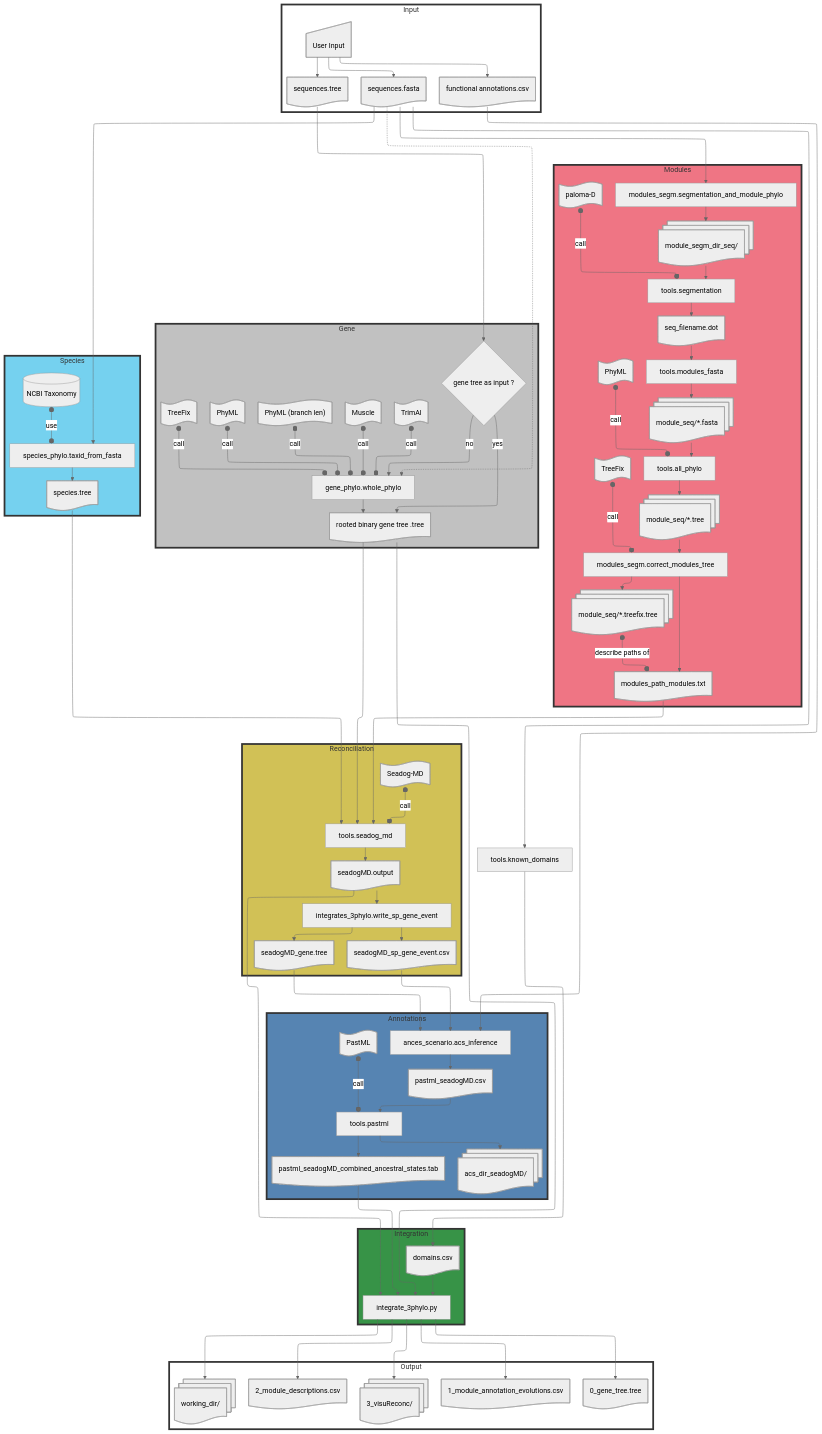
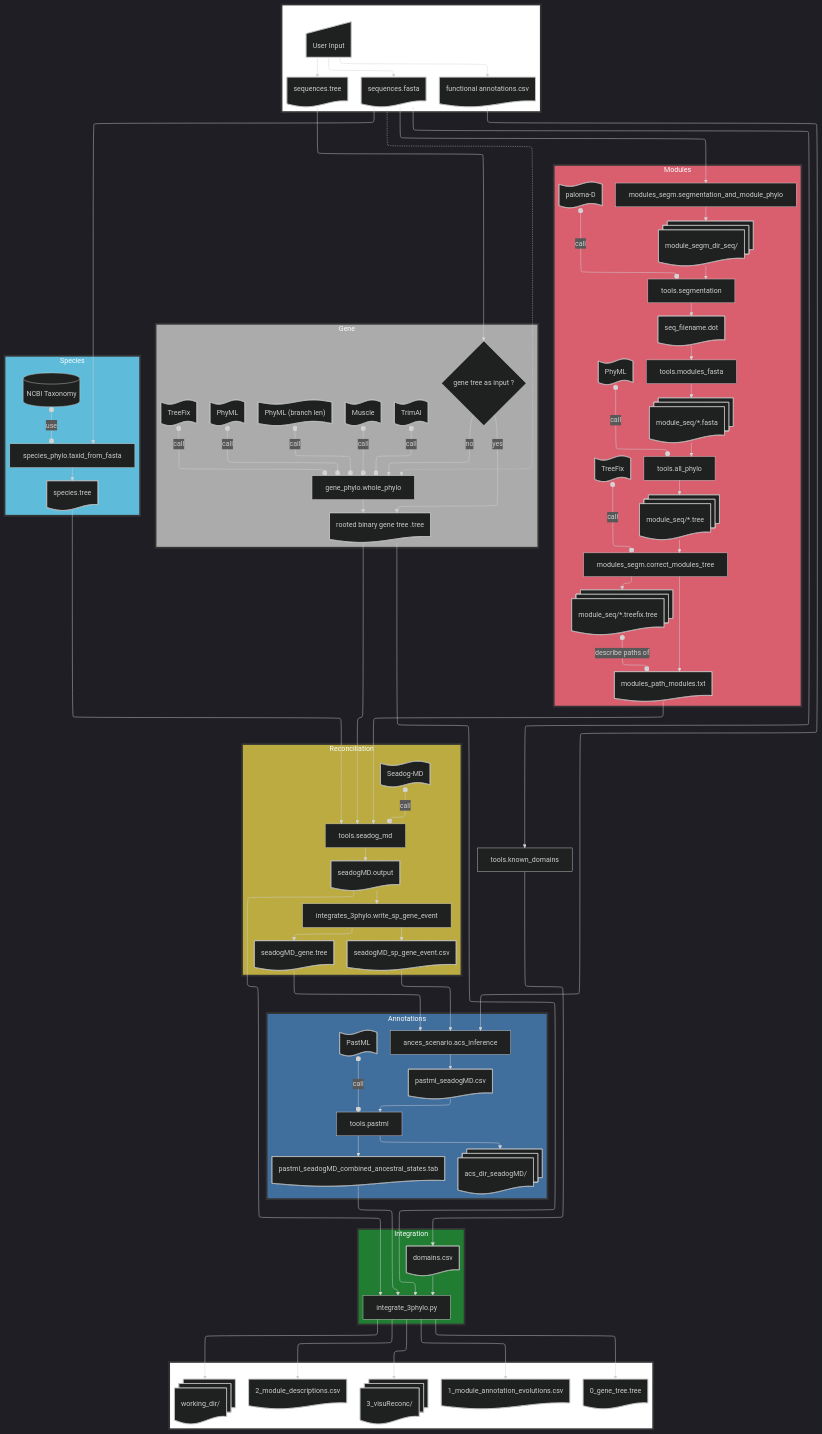
One commit to OcMalde/fuse-phylotree changed the diagram in README.md. Above: the diagram before and after it, drawn with Mermaid.

Commit message:
readme mermaid test

```diff
--- a/README.md
+++ b/README.md
@@ -23,7 +23,7 @@
   elk:
     nodePlacementStrategy: SIMPLE
   look: classic
-  theme: neutral
+  theme: dark
   fontSize: 50
 ---
 flowchart TB
```
